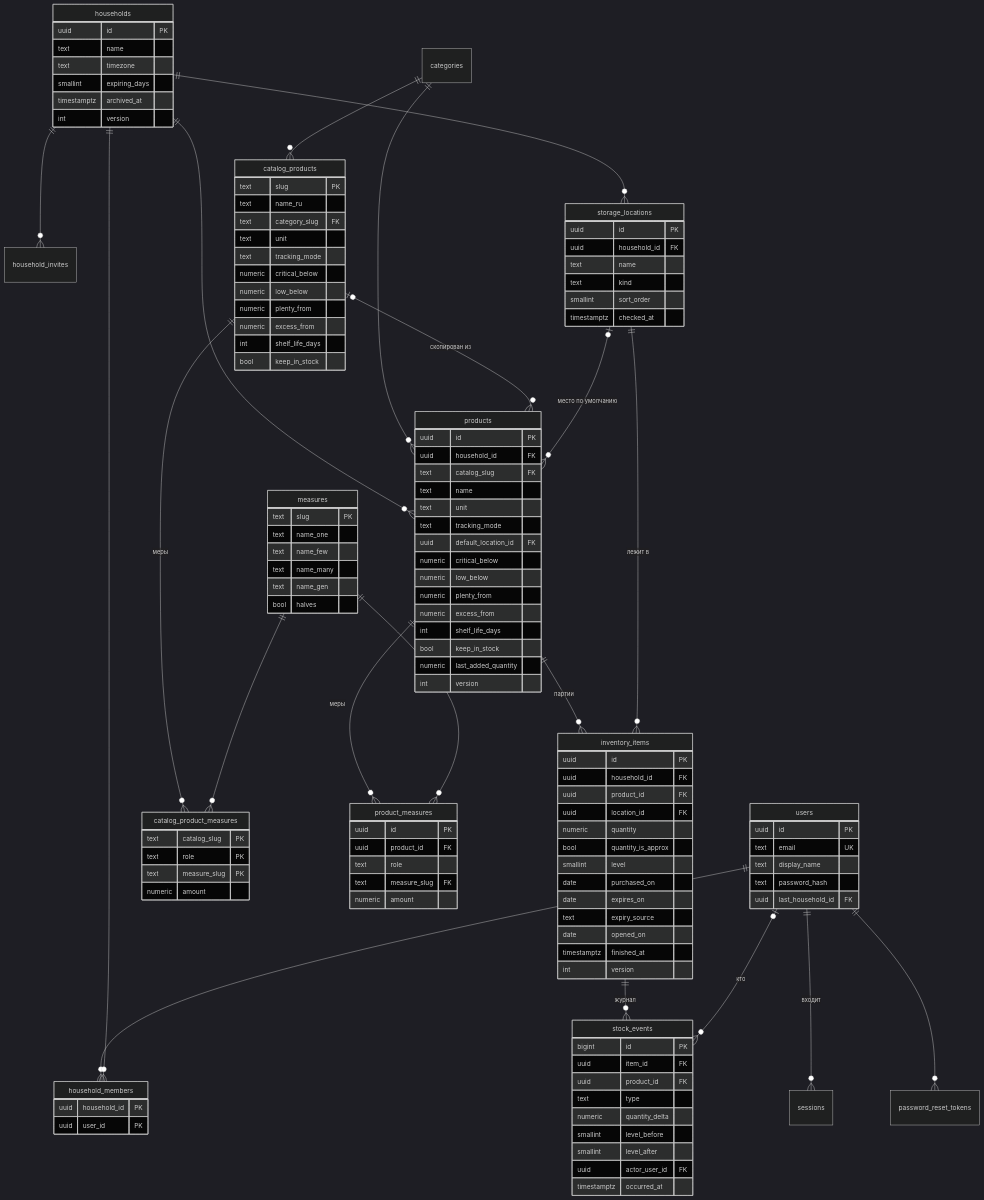
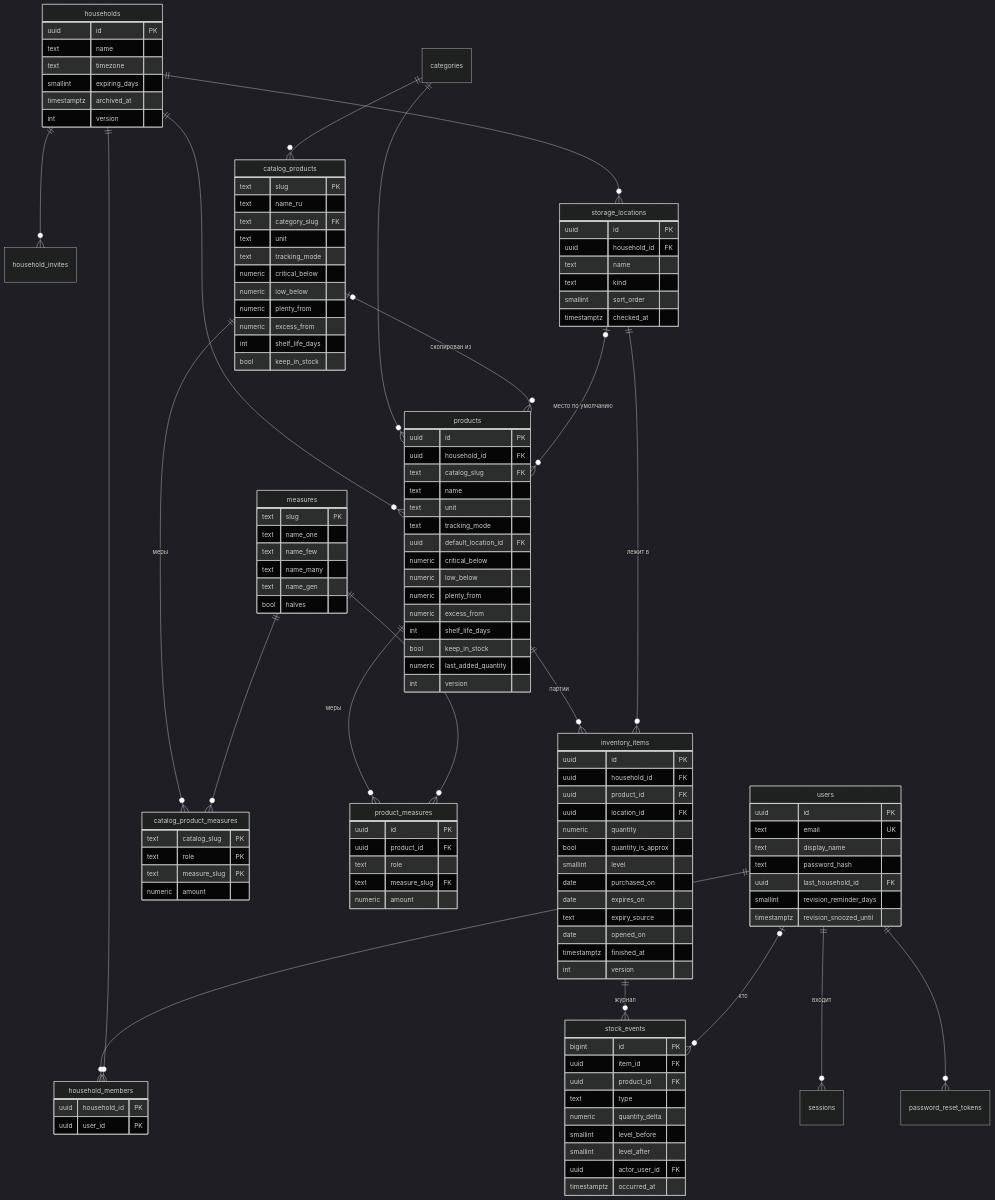
The diagram in docs/04-data-model.md (kvadratI4/zakroma), drawn with Mermaid (dark theme) before and after one commit. The commit also changed other lines of this file and 12 other files, not shown here.

```diff
--- a/docs/04-data-model.md
+++ b/docs/04-data-model.md
@@ -48,6 +48,8 @@
         text display_name
         text password_hash
         uuid last_household_id FK
+        smallint revision_reminder_days
+        timestamptz revision_snoozed_until
     }
     households {
         uuid id PK
```
